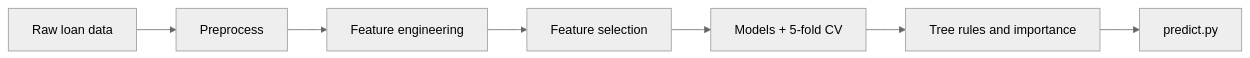
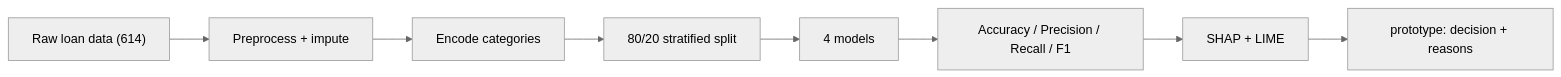
One commit to le-mort-adhyan/loan-approval-explainable-ai changed the diagram in README.md. Above: the diagram before and after it, drawn with Mermaid (neutral theme). The commit also changed other lines of this file, not shown here.

````diff
--- a/README.md
+++ b/README.md
@@ -38,9 +36,10 @@
 ```mermaid
 flowchart LR
-    A["Raw loan data"] --> B["Preprocess"]
-    B --> C["Feature engineering"]
-    C --> D["Feature selection"]
-    D --> E["Models + 5-fold CV"]
-    E --> F["Tree rules and importance"]
-    F --> G["predict.py"]
+    A["Raw loan data (614)"] --> B["Preprocess + impute"]
+    B --> C["Encode categories"]
+    C --> D["80/20 stratified split"]
+    D --> E["4 models"]
+    E --> F["Accuracy / Precision / Recall / F1"]
+    F --> G["SHAP + LIME"]
+    G --> H["prototype: decision + reasons"]
 ```
````
